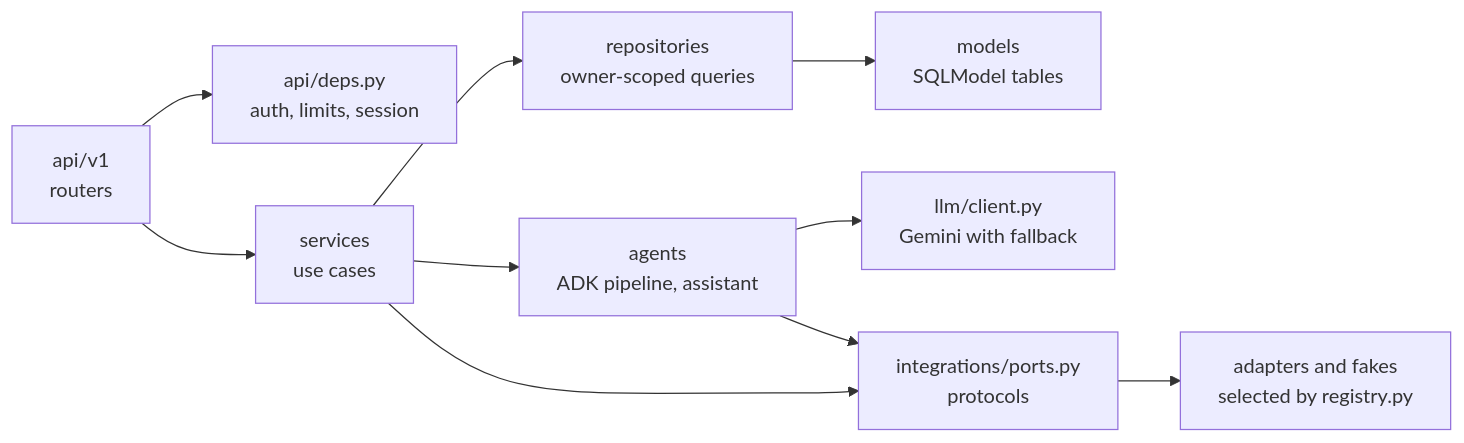
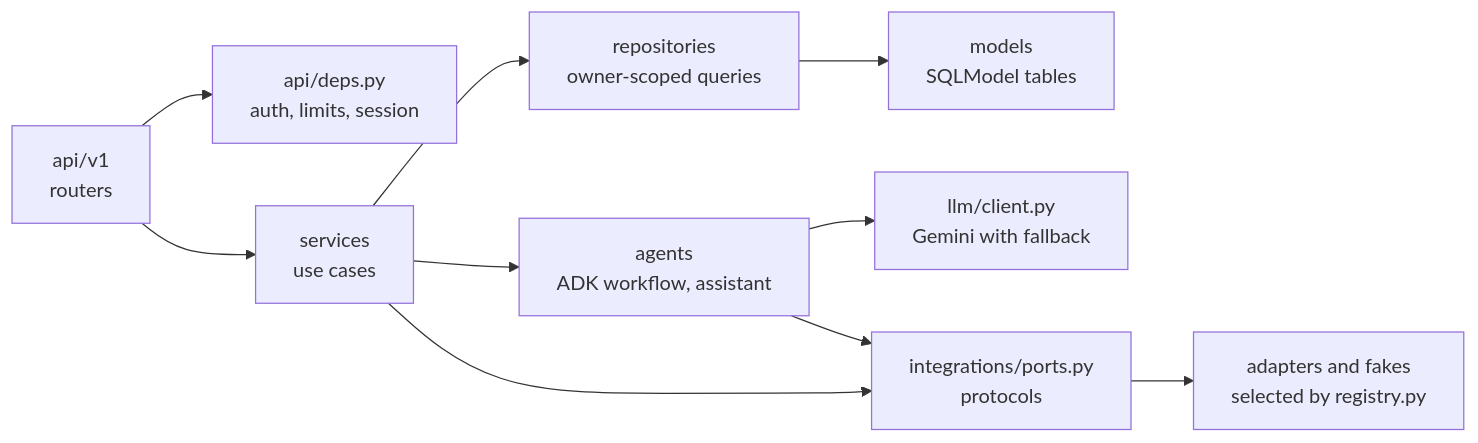
The third of 4 diagrams in docs/architecture/overview.md (fuseai-fellowship/Travya---Agentic-AI-Powered-Travel-Companion), drawn with Mermaid before and after one commit. The commit also changed other lines of this file and 8 other files, not shown here.

Commit message:
docs: describe the ADK Workflow graph, model fallback and timeouts

````diff
--- a/docs/architecture/overview.md
+++ b/docs/architecture/overview.md
@@ -66,12 +66,12 @@
 ```mermaid
 flowchart LR
     routers["api/v1<br/>routers"] --> deps["api/deps.py<br/>auth, limits, session"]
     routers --> services["services<br/>use cases"]
     services --> repos["repositories<br/>owner-scoped queries"]
     repos --> models["models<br/>SQLModel tables"]
-    services --> agents["agents<br/>ADK pipeline, assistant"]
+    services --> agents["agents<br/>ADK workflow, assistant"]
     agents --> llm["llm/client.py<br/>Gemini with fallback"]
     agents --> ports["integrations/ports.py<br/>protocols"]
     services --> ports
     ports --> adapters["adapters and fakes<br/>selected by registry.py"]
 ```
````
